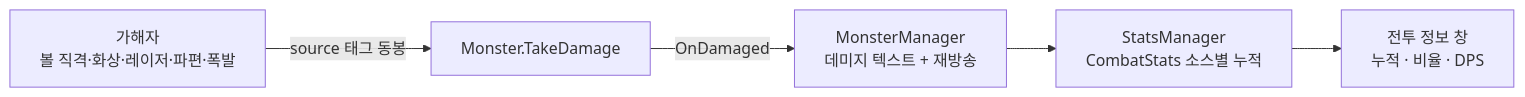
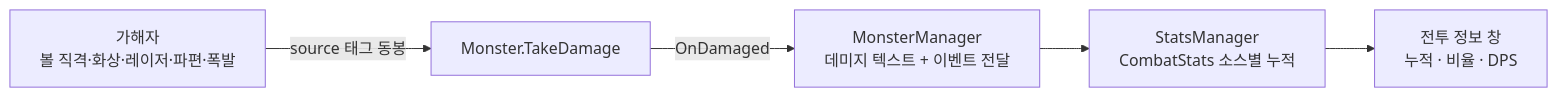
One commit to pmj9384/CosmoDefence changed the diagram in README.md. Above: the diagram before and after it, drawn with Mermaid. The commit also changed other lines of this file, not shown here.

````diff
--- a/README.md
+++ b/README.md
@@ -79,7 +79,7 @@
 ```mermaid
 flowchart LR
     A["가해자<br/>볼 직격·화상·레이저·파편·폭발"] -->|"source 태그 동봉"| B["Monster.TakeDamage"]
-    B -->|OnDamaged| C["MonsterManager<br/>데미지 텍스트 + 재방송"]
+    B -->|OnDamaged| C["MonsterManager<br/>데미지 텍스트 + 이벤트 전달"]
     C --> D["StatsManager<br/>CombatStats 소스별 누적"]
     D --> E["전투 정보 창<br/>누적 · 비율 · DPS"]
 ```
````
